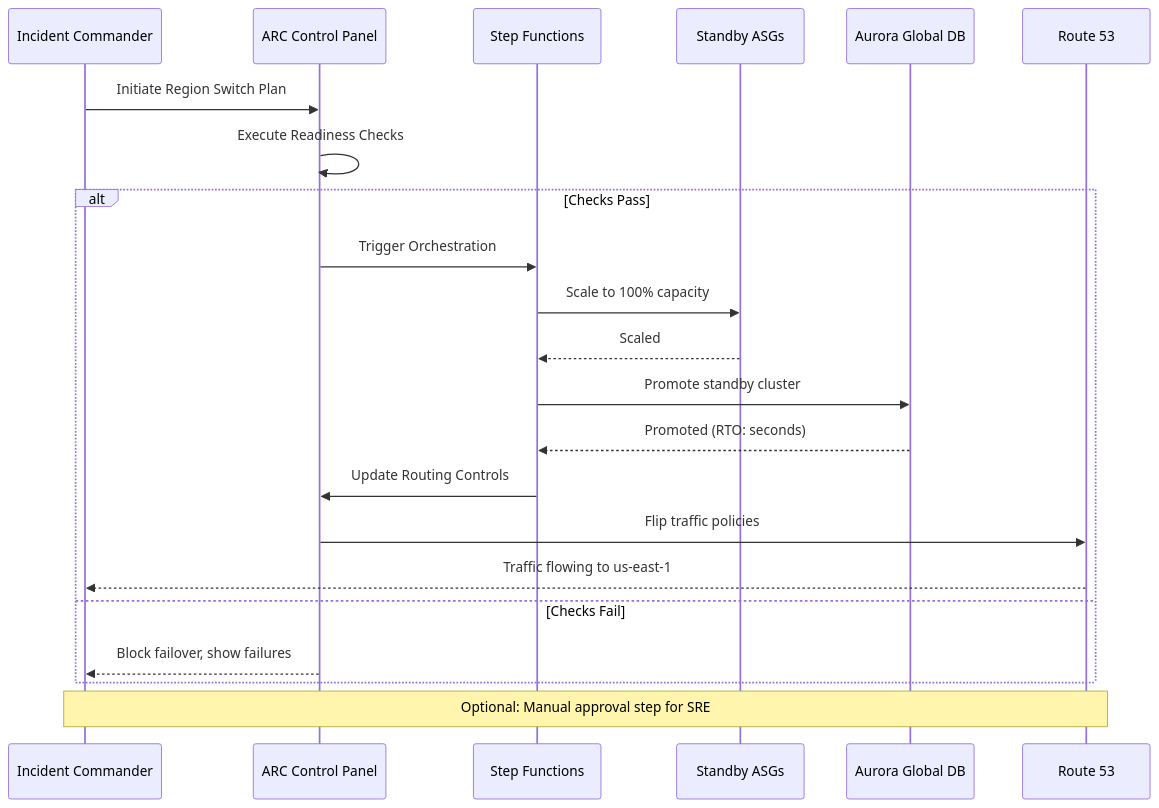
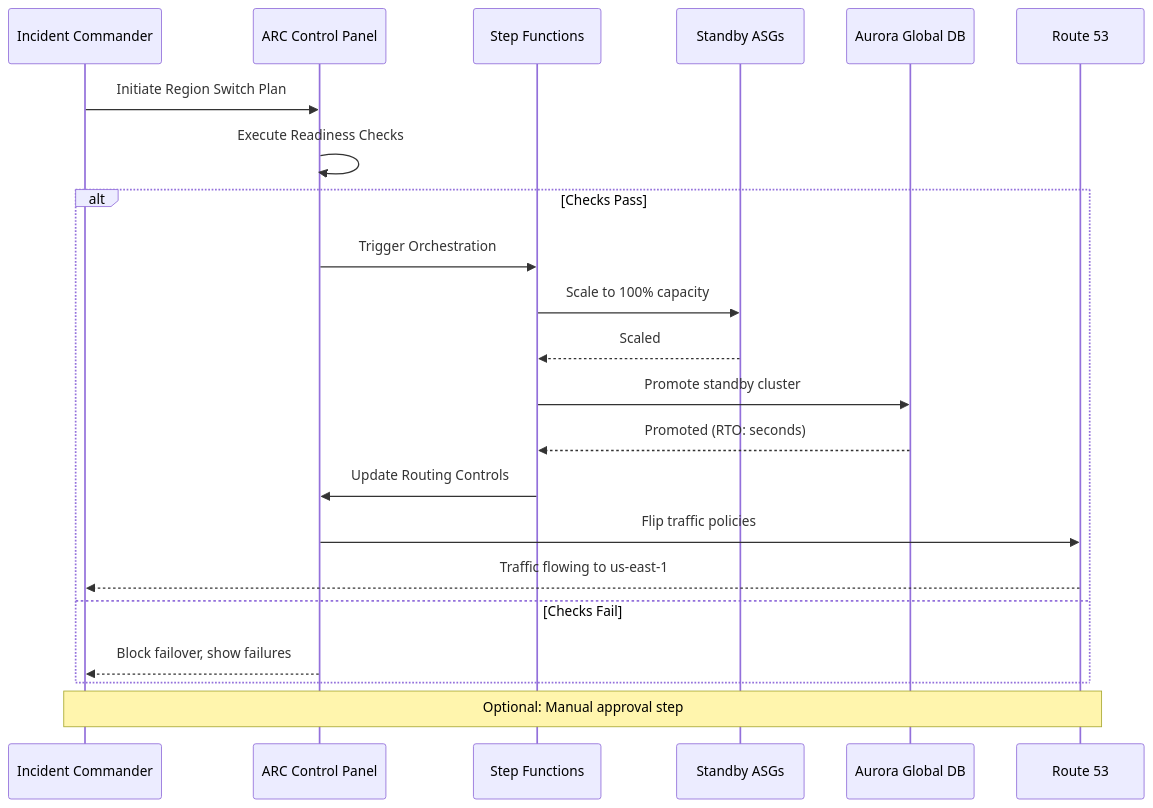
The third of 9 diagrams in gemini-responses/resilience-dr-aws.md (udaytamma/Cyrus), drawn with Mermaid before and after one commit. The commit also changed other lines of this file and 8 other files, not shown here.

````diff
--- a/gemini-responses/resilience-dr-aws.md
+++ b/gemini-responses/resilience-dr-aws.md
@@ -135,27 +136,27 @@
 ```mermaid
 sequenceDiagram
     participant Incident as Incident Commander
     participant ARC as ARC Control Panel
     participant SF as Step Functions
     participant ASG as Standby ASGs
     participant Aurora as Aurora Global DB
     participant R53 as Route 53
 
     Incident->>ARC: Initiate Region Switch Plan
     ARC->>ARC: Execute Readiness Checks
 
     alt Checks Pass
         ARC->>SF: Trigger Orchestration
         SF->>ASG: Scale to 100% capacity
         ASG-->>SF: Scaled
         SF->>Aurora: Promote standby cluster
         Aurora-->>SF: Promoted (RTO: seconds)
         SF->>ARC: Update Routing Controls
         ARC->>R53: Flip traffic policies
         R53-->>Incident: Traffic flowing to us-east-1
     else Checks Fail
         ARC-->>Incident: Block failover, show failures
     end
 
-    Note over Incident,R53: Optional: Manual approval step for SRE
+    Note over Incident,R53: Optional: Manual approval step
 ```
````
